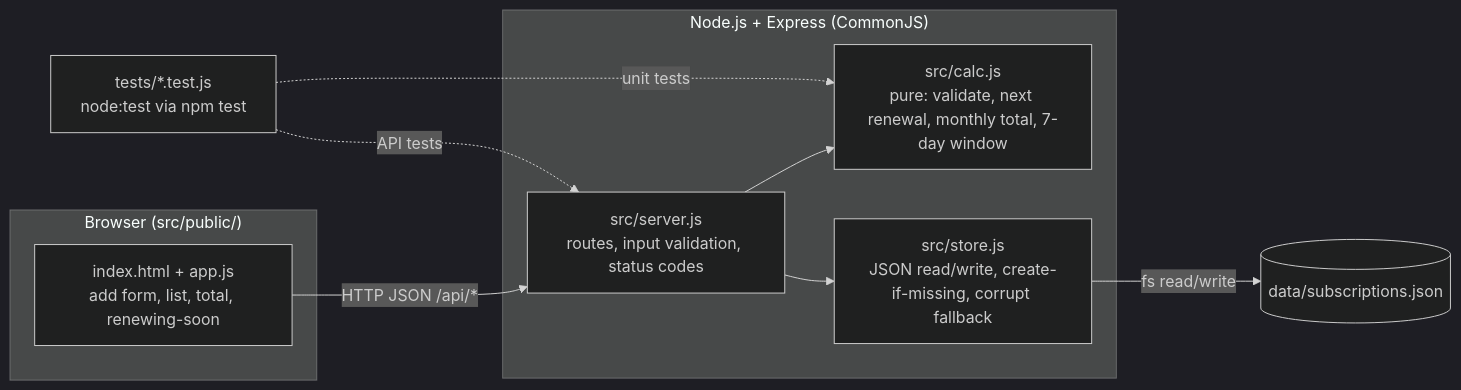
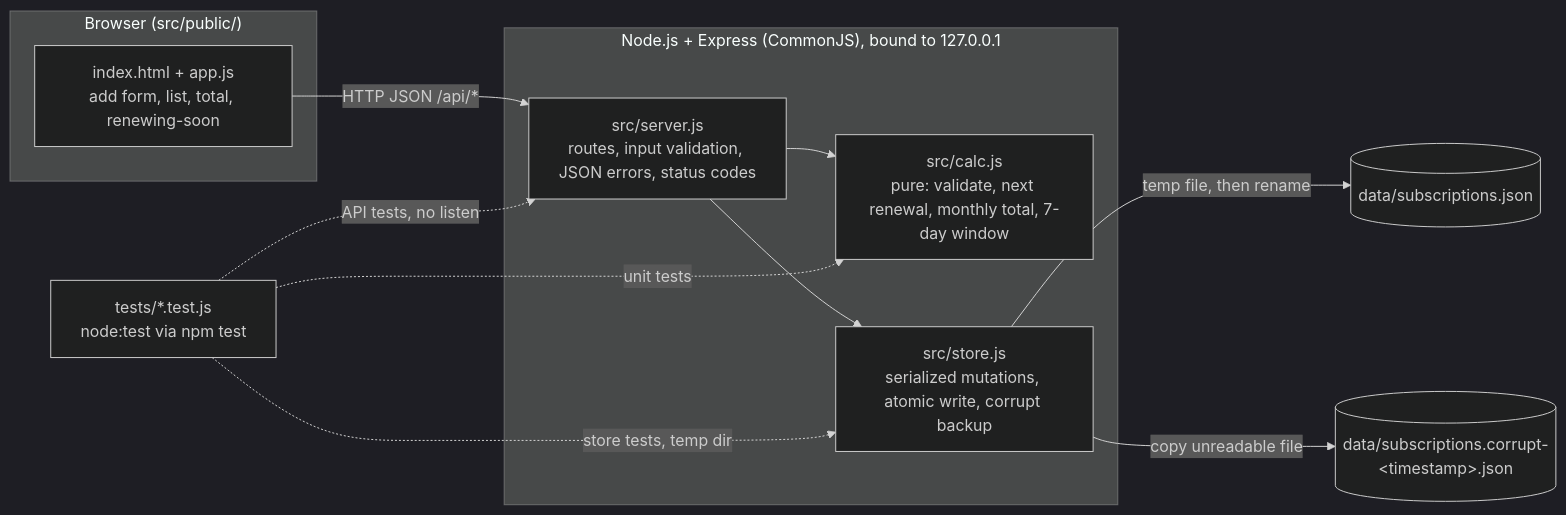
The diagram in docs/architecture.md (vidhi2502/subscription-tracker-agentic-sdlc), drawn with Mermaid (dark theme) before and after one commit. The commit also changed other lines of this file and 3 other files, not shown here.

````diff
--- a/docs/architecture.md
+++ b/docs/architecture.md
@@ -8,20 +8,23 @@
 ```mermaid
 flowchart LR
     subgraph Browser["Browser (src/public/)"]
         UI["index.html + app.js<br/>add form, list, total, renewing-soon"]
     end
-    subgraph Server["Node.js + Express (CommonJS)"]
-        Routes["src/server.js<br/>routes, input validation, status codes"]
+    subgraph Server["Node.js + Express (CommonJS), bound to 127.0.0.1"]
+        Routes["src/server.js<br/>routes, input validation, JSON errors, status codes"]
         Calc["src/calc.js<br/>pure: validate, next renewal, monthly total, 7-day window"]
-        Store["src/store.js<br/>JSON read/write, create-if-missing, corrupt fallback"]
+        Store["src/store.js<br/>serialized mutations, atomic write, corrupt backup"]
     end
     File[("data/subscriptions.json")]
+    Backup[("data/subscriptions.corrupt-&lt;timestamp&gt;.json")]
     Tests["tests/*.test.js<br/>node:test via npm test"]
 
     UI -- "HTTP JSON /api/*" --> Routes
     Routes --> Calc
     Routes --> Store
-    Store -- "fs read/write" --> File
+    Store -- "temp file, then rename" --> File
+    Store -- "copy unreadable file" --> Backup
     Tests -. "unit tests" .-> Calc
-    Tests -. "API tests" .-> Routes
+    Tests -. "store tests, temp dir" .-> Store
+    Tests -. "API tests, no listen" .-> Routes
 ```
````
